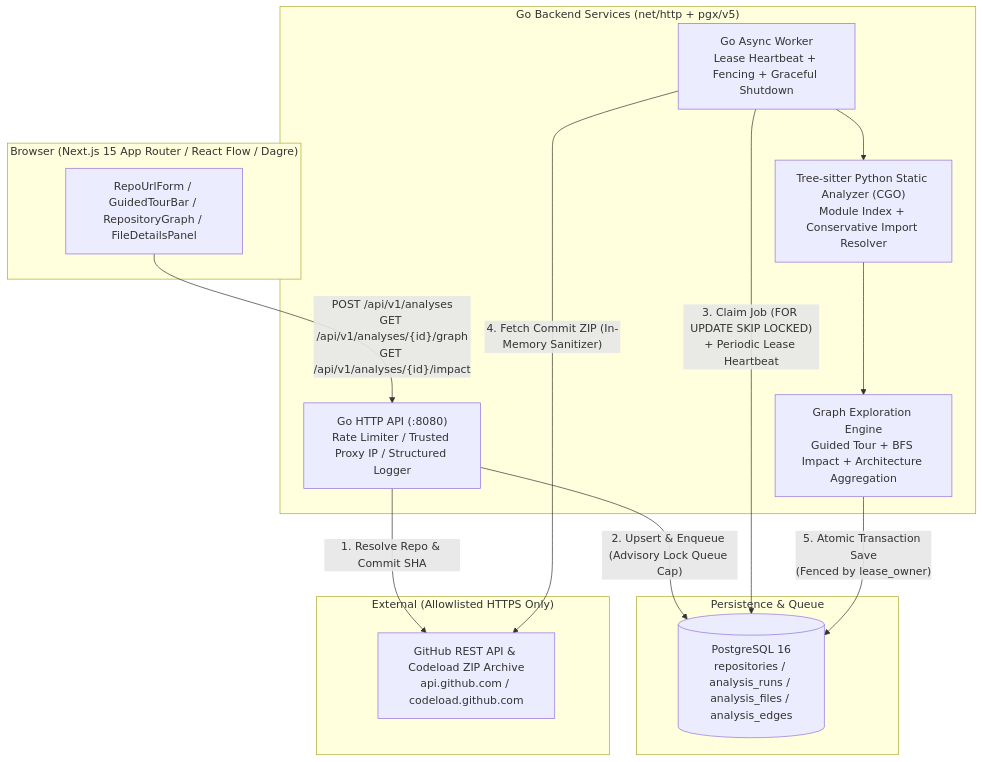
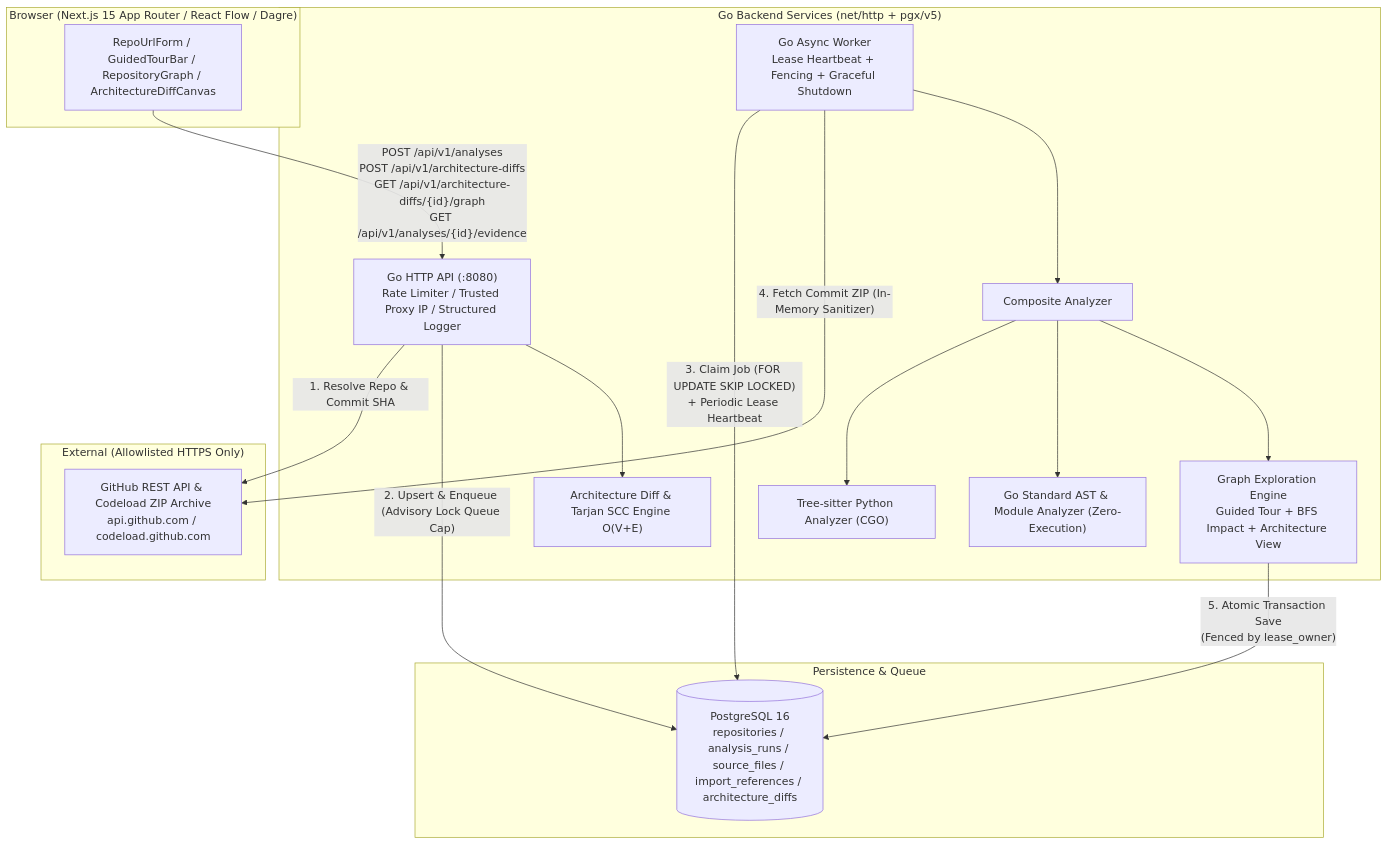
Before and after one commit to Takafumi122/repoatlas: the diagram in README.md, drawn with Mermaid. The commit also changed other lines of this file and 175 other files, not shown here.

Commit message:
feat: complete Phase 5 (PR impact & evidence) and Phase 6 (Architecture Diff & Go Support) with Phase 6.5 quality audit

````diff
--- a/README.md
+++ b/README.md
@@ -65,30 +72,36 @@
 ```mermaid
 flowchart TB
     subgraph Client["Browser (Next.js 15 App Router / React Flow / Dagre)"]
-        UI["RepoUrlForm / GuidedTourBar / RepositoryGraph / FileDetailsPanel"]
+        UI["RepoUrlForm / GuidedTourBar / RepositoryGraph / ArchitectureDiffCanvas"]
     end
 
     subgraph Backend["Go Backend Services (net/http + pgx/v5)"]
         API["Go HTTP API (:8080)<br/>Rate Limiter / Trusted Proxy IP / Structured Logger"]
         Worker["Go Async Worker<br/>Lease Heartbeat + Fencing + Graceful Shutdown"]
-        Parser["Tree-sitter Python Static Analyzer (CGO)<br/>Module Index + Conservative Import Resolver"]
-        GraphEngine["Graph Exploration Engine<br/>Guided Tour + BFS Impact + Architecture Aggregation"]
+        Composite["Composite Analyzer"]
+        PythonParser["Tree-sitter Python Analyzer (CGO)"]
+        GoParser["Go Standard AST & Module Analyzer (Zero-Execution)"]
+        DiffEngine["Architecture Diff & Tarjan SCC Engine O(V+E)"]
+        GraphEngine["Graph Exploration Engine<br/>Guided Tour + BFS Impact + Architecture View"]
     end
 
     subgraph Storage["Persistence & Queue"]
-        PG[("PostgreSQL 16<br/>repositories / analysis_runs / analysis_files / analysis_edges")]
+        PG[("PostgreSQL 16<br/>repositories / analysis_runs / source_files / import_references / architecture_diffs")]
     end
 
     subgraph External["External (Allowlisted HTTPS Only)"]
         GH["GitHub REST API & Codeload ZIP Archive<br/>api.github.com / codeload.github.com"]
     end
 
-    UI -- "POST /api/v1/analyses<br/>GET /api/v1/analyses/{id}/graph<br/>GET /api/v1/analyses/{id}/impact" --> API
+    UI -- "POST /api/v1/analyses<br/>POST /api/v1/architecture-diffs<br/>GET /api/v1/architecture-diffs/{id}/graph<br/>GET /api/v1/analyses/{id}/evidence" --> API
     API -- "1. Resolve Repo & Commit SHA" --> GH
     API -- "2. Upsert & Enqueue (Advisory Lock Queue Cap)" --> PG
     Worker -- "3. Claim Job (FOR UPDATE SKIP LOCKED)<br/>+ Periodic Lease Heartbeat" --> PG
     Worker -- "4. Fetch Commit ZIP (In-Memory Sanitizer)" --> GH
-    Worker --> Parser
-    Parser --> GraphEngine
+    Worker --> Composite
+    Composite --> PythonParser
+    Composite --> GoParser
+    Composite --> GraphEngine
+    API --> DiffEngine
     GraphEngine -- "5. Atomic Transaction Save<br/>(Fenced by lease_owner)" --> PG
 ```
````
